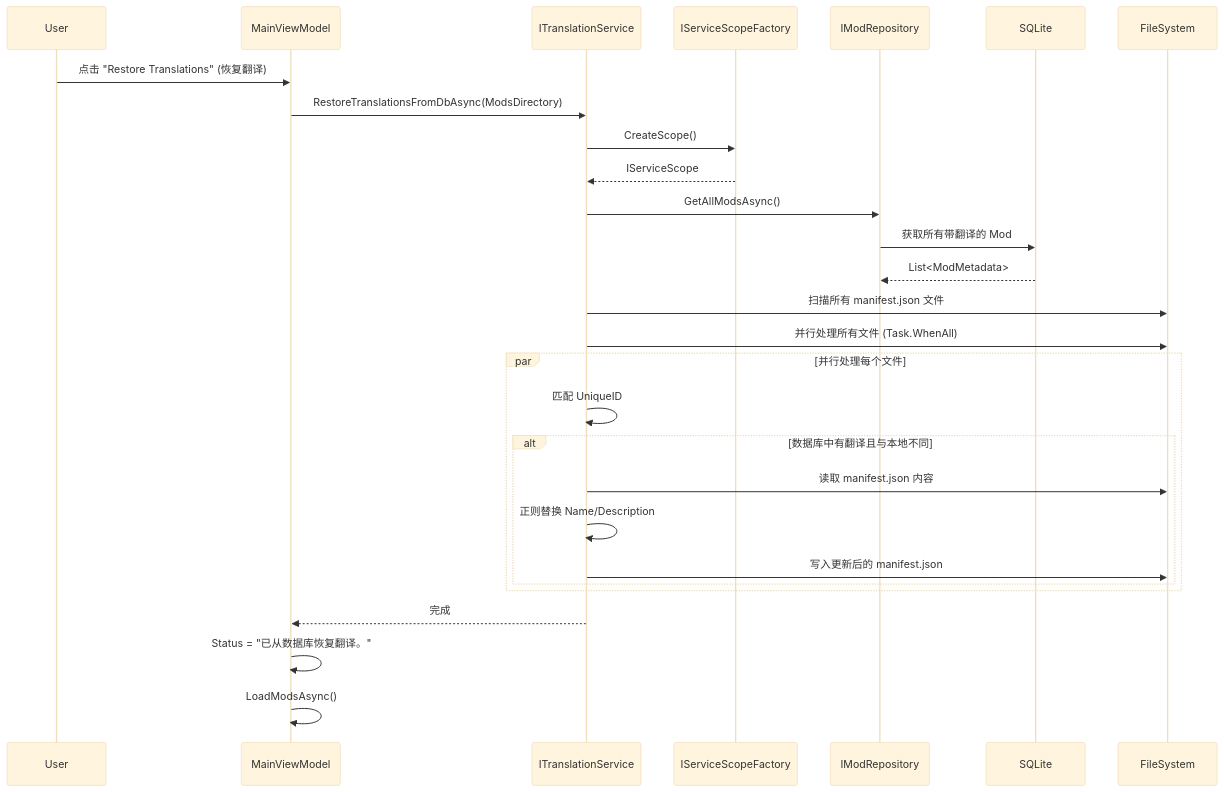
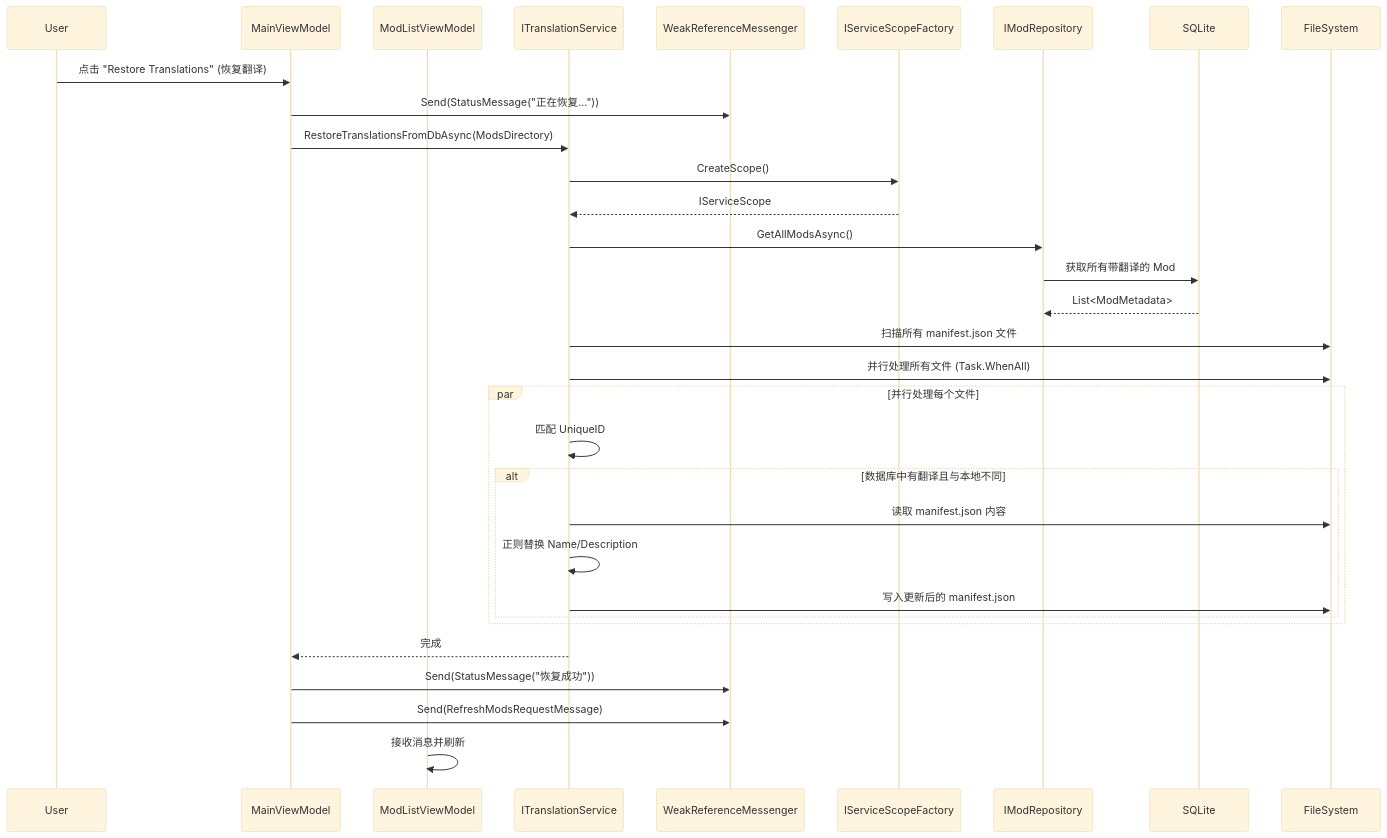
The tenth of 11 diagrams in docs/ARCHITECTURE.md (Sisyphean-a/SMTMS), drawn with Mermaid (base theme) before and after one commit. The commit also changed other lines of this file and 12 other files, not shown here.

````diff
--- a/docs/ARCHITECTURE.md
+++ b/docs/ARCHITECTURE.md
@@ -339,34 +369,38 @@
 ```mermaid
 sequenceDiagram
     participant U as User
-    participant VM as MainViewModel
+    participant MainVM as MainViewModel
+    participant ModListVM as ModListViewModel
     participant TS as ITranslationService
+    participant Msg as WeakReferenceMessenger
     participant Scope as IServiceScopeFactory
     participant Repo as IModRepository
     participant DB as SQLite
     participant FS as FileSystem
 
-    U->>VM: 点击 "Restore Translations" (恢复翻译)
-    VM->>TS: RestoreTranslationsFromDbAsync(ModsDirectory)
+    U->>MainVM: 点击 "Restore Translations" (恢复翻译)
+    MainVM->>Msg: Send(StatusMessage("正在恢复..."))
+    MainVM->>TS: RestoreTranslationsFromDbAsync(ModsDirectory)
 
     TS->>Scope: CreateScope()
     Scope-->>TS: IServiceScope
     TS->>Repo: GetAllModsAsync()
     Repo->>DB: 获取所有带翻译的 Mod
     DB-->>Repo: List<ModMetadata>
 
     TS->>FS: 扫描所有 manifest.json 文件
     TS->>FS: 并行处理所有文件 (Task.WhenAll)
     par 并行处理每个文件
         TS->>TS: 匹配 UniqueID
         alt 数据库中有翻译且与本地不同
             TS->>FS: 读取 manifest.json 内容
             TS->>TS: 正则替换 Name/Description
             TS->>FS: 写入更新后的 manifest.json
         end
     end
 
-    TS-->>VM: 完成
-    VM->>VM: Status = "已从数据库恢复翻译。"
-    VM->>VM: LoadModsAsync()
+    TS-->>MainVM: 完成
+    MainVM->>Msg: Send(StatusMessage("恢复成功"))
+    MainVM->>Msg: Send(RefreshModsRequestMessage)
+    ModListVM->>ModListVM: 接收消息并刷新
 ```
````
